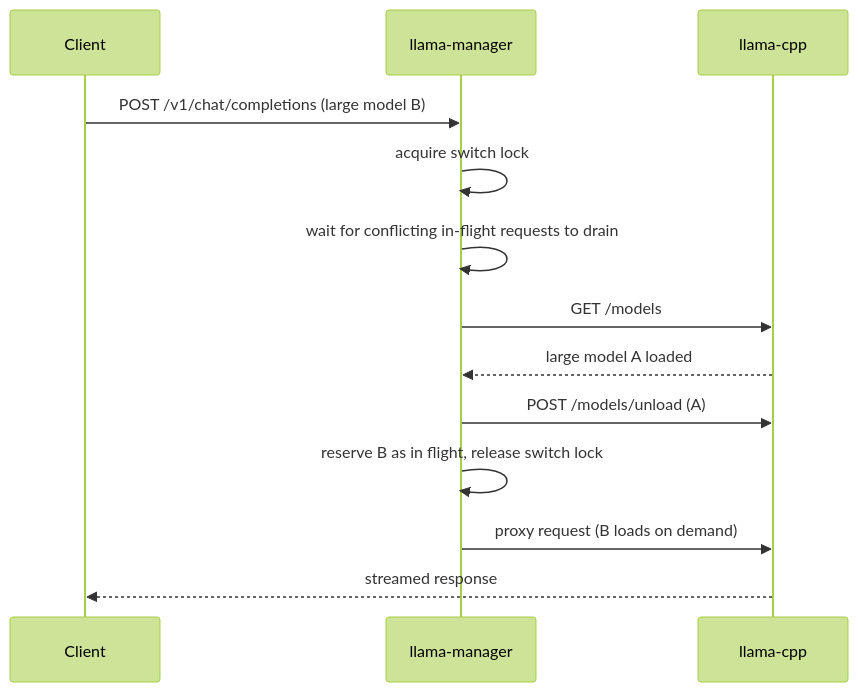
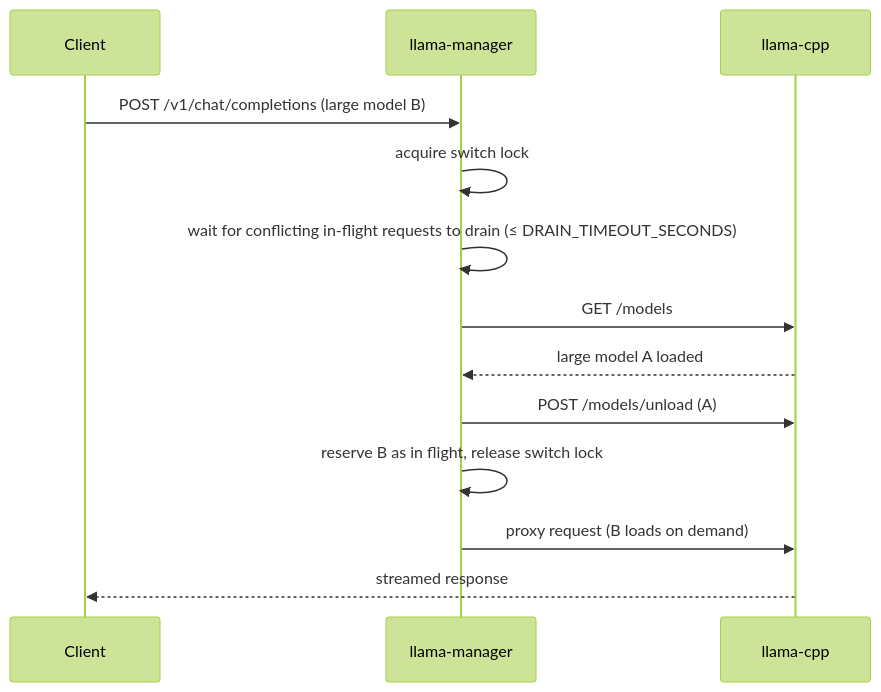
Before and after one commit to rozsival/panther-minor: the diagram in docs/gpu-management.md, drawn with Mermaid (forest theme). The commit also changed other lines of this file and 5 other files, not shown here.

````diff
--- a/docs/gpu-management.md
+++ b/docs/gpu-management.md
@@ -42,15 +46,15 @@
 ```mermaid
 sequenceDiagram
     participant C as Client
     participant M as llama-manager
     participant L as llama-cpp
     C->>M: POST /v1/chat/completions (large model B)
     M->>M: acquire switch lock
-    M->>M: wait for conflicting in-flight requests to drain
+    M->>M: wait for conflicting in-flight requests to drain (≤ DRAIN_TIMEOUT_SECONDS)
     M->>L: GET /models
     L-->>M: large model A loaded
     M->>L: POST /models/unload (A)
     M->>M: reserve B as in flight, release switch lock
     M->>L: proxy request (B loads on demand)
     L-->>C: streamed response
 ```
````
